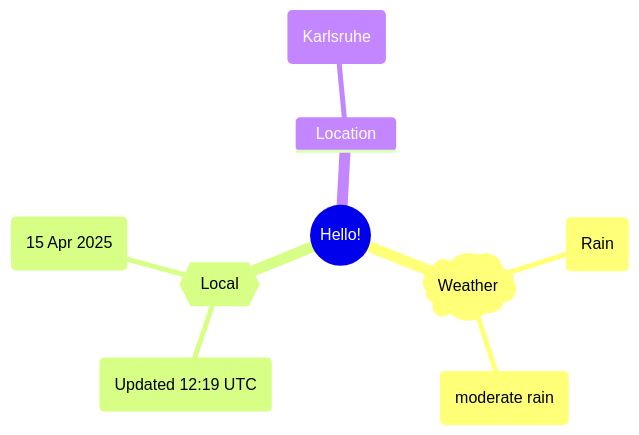
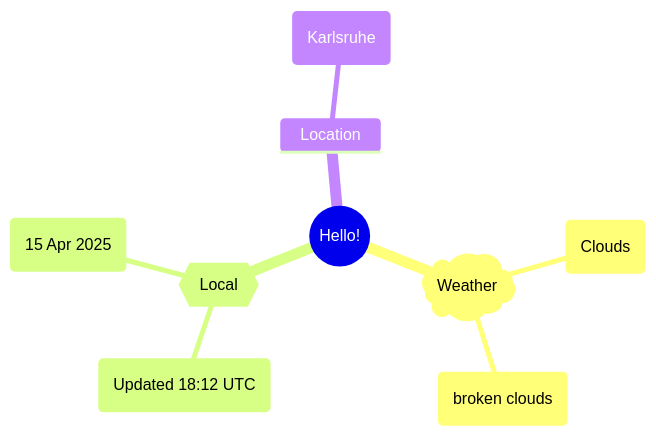
Before and after one commit to Xosrov/Xosrov: the first of 2 diagrams in README.md, drawn with Mermaid.

Commit message:
[bot] updated images

````diff
--- a/README.md
+++ b/README.md
@@ -3,12 +3,12 @@
 ```mermaid
 mindmap
   root((Hello!))
     )Weather(
-        (Rain)
-        (moderate rain)
+        (Clouds)
+        (broken clouds)
     {{Local}}
-        (Updated 12:19 UTC)
+        (Updated 18:12 UTC)
         (15 Apr 2025)
     Location
         (Karlsruhe)
 ```
````
